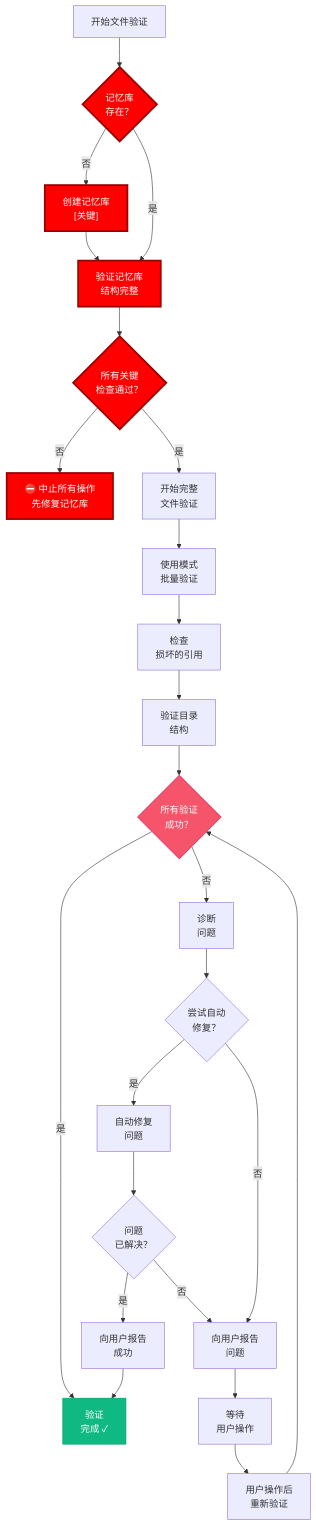
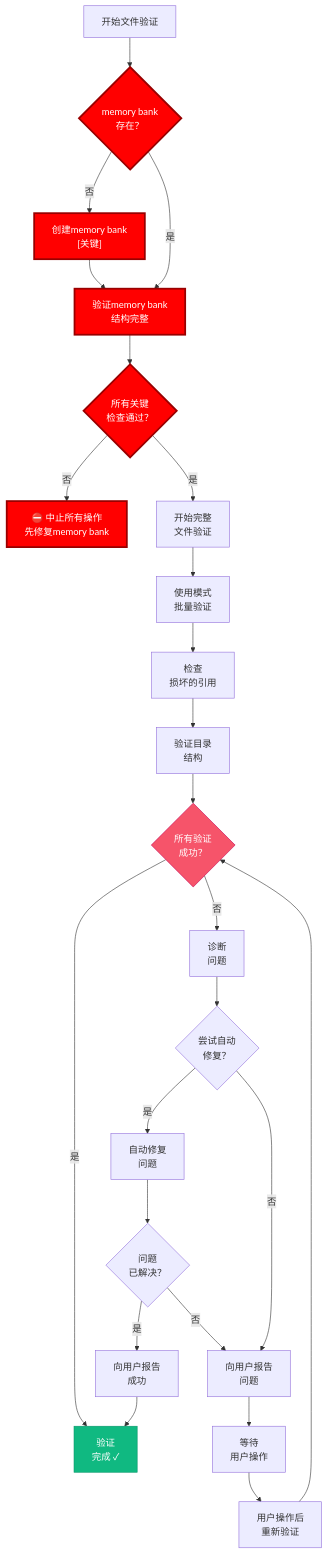
Before and after one commit to autel-lizhuohang/cursor-memory-bank-cn: the first of 2 diagrams in .cursor/rules/isolation_rules/visual-maps/van_mode_split/van-file-verification.mdc, drawn with Mermaid. The commit also changed other lines of this file and 33 other files, not shown here.

````diff
--- a/.cursor/rules/isolation_rules/visual-maps/van_mode_split/van-file-verification.mdc
+++ b/.cursor/rules/isolation_rules/visual-maps/van_mode_split/van-file-verification.mdc
@@ -16,42 +16,42 @@
 ```mermaid
 graph TD
-    %% 关键记忆库验证 - 必须首先执行
-    Start["开始文件验证"] --> MemBankCheck{"记忆库<br>存在？"}
-    MemBankCheck -->|"否"| CreateMemBank["创建记忆库<br>[关键]"]
-    MemBankCheck -->|"是"| VerifyMemBankComplete["验证记忆库<br>结构完整"]
+    %% 关键memory bank验证 - 必须首先执行
+    Start["开始文件验证"] --> MemBankCheck{"memory bank<br>存在？"}
+    MemBankCheck -->|"否"| CreateMemBank["创建memory bank<br>[关键]"]
+    MemBankCheck -->|"是"| VerifyMemBankComplete["验证memory bank<br>结构完整"]
     CreateMemBank --> VerifyMemBankComplete
 
     VerifyMemBankComplete --> PassCheck{"所有关键<br>检查通过？"}
-    PassCheck -->|"否"| AbortAll["⛔ 中止所有操作<br>先修复记忆库"]
+    PassCheck -->|"否"| AbortAll["⛔ 中止所有操作<br>先修复memory bank"]
     PassCheck -->|"是"| MainVerification
 
     %% 常规验证流程从这里继续
     MainVerification["开始完整<br>文件验证"] --> BatchVerify["使用模式<br>批量验证"]
     BatchVerify --> BrokenLinks["检查<br>损坏的引用"]
     BrokenLinks --> DirectoryStructure["验证目录<br>结构"]
     DirectoryStructure --> Status{"所有验证<br>成功？"}
 
     Status -->|"是"| Complete["验证<br>完成 ✓"]
     Status -->|"否"| Diagnose["诊断<br>问题"]
     Diagnose --> Attempt{"尝试自动<br>修复？"}
 
     Attempt -->|"是"| AutoFix["自动修复<br>问题"]
     Attempt -->|"否"| ReportIssue["向用户报告<br>问题"]
 
     AutoFix --> Recheck{"问题<br>已解决？"}
     Recheck -->|"是"| ReportSuccess["向用户报告<br>成功"]
     Recheck -->|"否"| ReportIssue
 
     ReportSuccess --> Complete
     ReportIssue --> UserAction["等待<br>用户操作"]
     UserAction --> ReVerify["用户操作后<br>重新验证"]
     ReVerify --> Status
 
     style MemBankCheck fill:#ff0000,stroke:#990000,color:white,stroke-width:3px
     style CreateMemBank fill:#ff0000,stroke:#990000,color:white,stroke-width:3px
     style VerifyMemBankComplete fill:#ff0000,stroke:#990000,color:white,stroke-width:3px
     style PassCheck fill:#ff0000,stroke:#990000,color:white,stroke-width:3px
     style AbortAll fill:#ff0000,stroke:#990000,color:white,stroke-width:3px
     style Status fill:#f6546a,stroke:#c30052,color:white
     style Complete fill:#10b981,stroke:#059669,color:white
 ```
````
